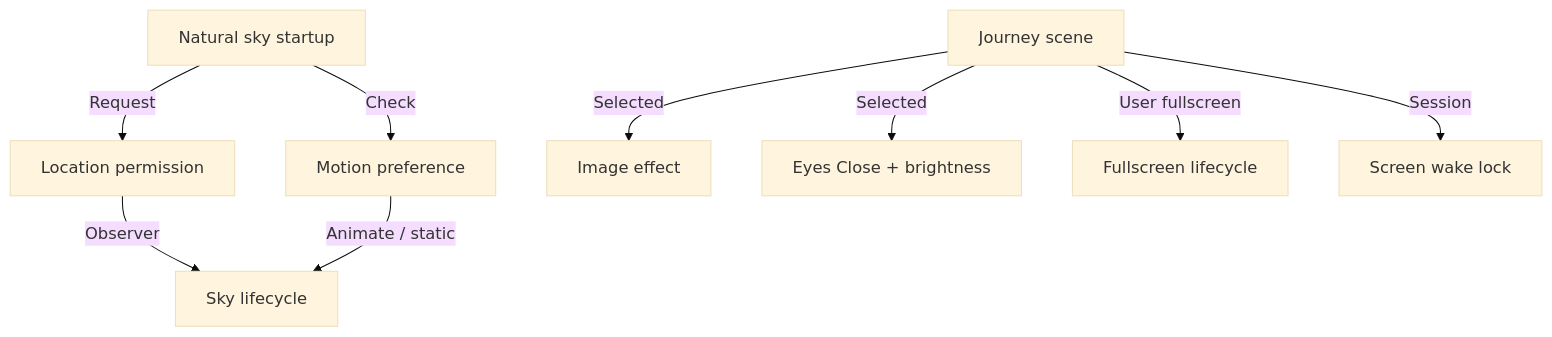
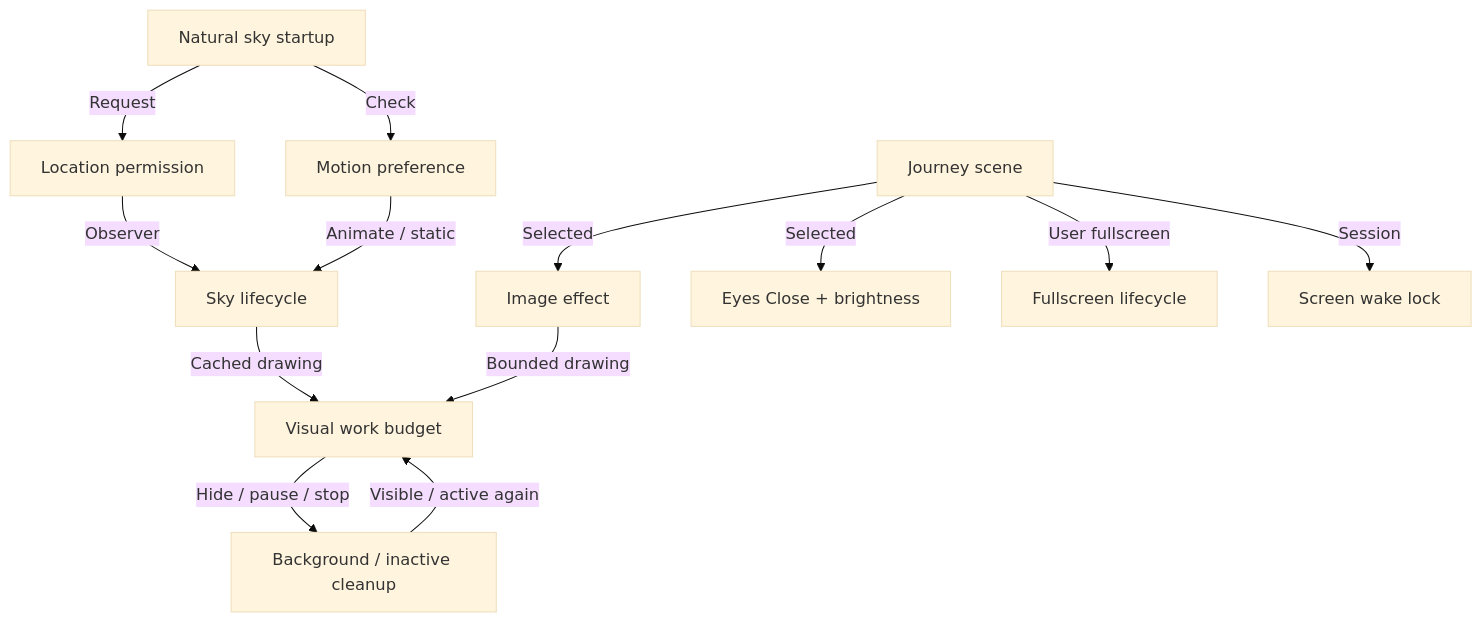
Before and after one commit to missionode/lite: diagram 20 of 24 in docs/app-map/FLOW-REFERENCE.md, drawn with Mermaid (base theme). The commit also changed other lines of this file and 34 other files, not shown here.

````diff
--- a/docs/app-map/FLOW-REFERENCE.md
+++ b/docs/app-map/FLOW-REFERENCE.md
@@ -924,20 +924,26 @@
 ```mermaid
 flowchart TD
   init["Natural sky startup"]
   geo["Location permission"]
   motion["Motion preference"]
   scene["Journey scene"]
   sky["Sky lifecycle"]
   effect["Image effect"]
   comfort["Eyes Close + brightness"]
   fullscreen["Fullscreen lifecycle"]
   wake["Screen wake lock"]
+  efficiency["Visual work budget"]
+  background["Background / inactive cleanup"]
   init -->|"Request"| geo
   init -->|"Check"| motion
   geo -->|"Observer"| sky
   motion -->|"Animate / static"| sky
   scene -->|"Selected"| effect
   scene -->|"Selected"| comfort
   scene -->|"User fullscreen"| fullscreen
   scene -->|"Session"| wake
+  sky -->|"Cached drawing"| efficiency
+  effect -->|"Bounded drawing"| efficiency
+  efficiency -->|"Hide / pause / stop"| background
+  background -->|"Visible / active again"| efficiency
 ```
````
